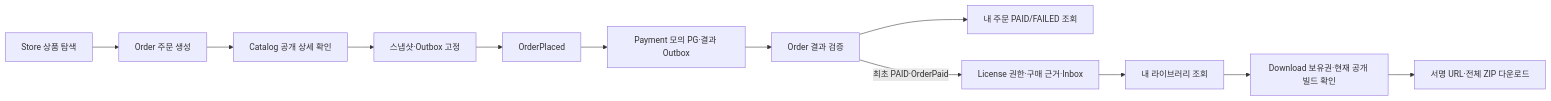
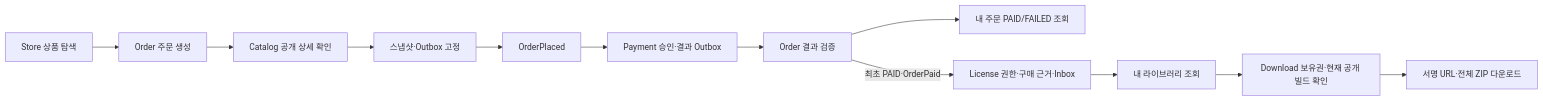
One commit to tlswltjq/esd-platform changed the second of 2 diagrams in docs/domain/workflows.md. Above: the diagram before and after it, drawn with Mermaid. The commit also changed other lines of this file and 189 other files, not shown here.

````diff
--- a/docs/domain/workflows.md
+++ b/docs/domain/workflows.md
@@ -72,14 +72,14 @@
 ```mermaid
 flowchart LR
     S[Store 상품 탐색] --> O[Order 주문 생성]
     O --> C[Catalog 공개 상세 확인]
     C --> F[스냅샷·Outbox 고정]
     F --> P[OrderPlaced]
-    P --> T[Payment 모의 PG·결과 Outbox]
+    P --> T[Payment 승인·결과 Outbox]
     T --> R[Order 결과 검증]
     R --> Q[내 주문 PAID/FAILED 조회]
     R -->|최초 PAID·OrderPaid| L[License 권한·구매 근거·Inbox]
     L --> B[내 라이브러리 조회]
     B --> D[Download 보유권·현재 공개 빌드 확인]
     D --> U[서명 URL·전체 ZIP 다운로드]
 ```
````
